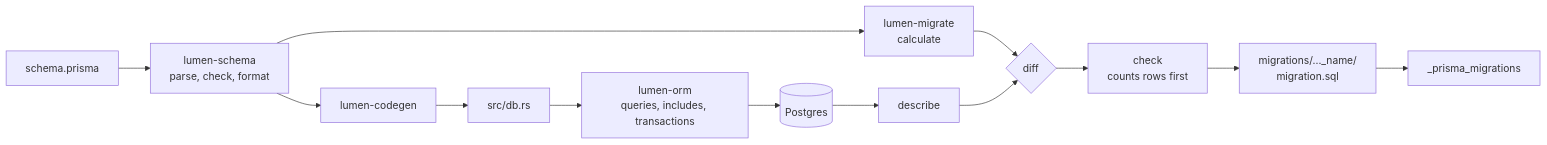
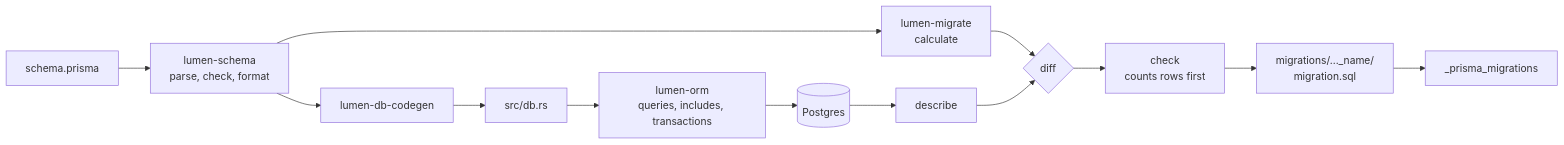
Before and after one commit to uniqtechteam/lumen: the diagram in README.md, drawn with Mermaid. The commit also changed other lines of this file and 42 other files, not shown here.

First line of the commit message:
Publish the generator and CLI as lumen-db-codegen and lumen-db-cli

````diff
--- a/README.md
+++ b/README.md
@@ -115,15 +115,15 @@
 ```mermaid
 flowchart LR
     S[schema.prisma] --> P[lumen-schema<br/>parse, check, format]
     P --> C[lumen-migrate<br/>calculate]
     DB[(Postgres)] --> D[describe]
     C --> F{diff}
     D --> F
     F --> K[check<br/>counts rows first]
     K --> M[migrations/..._name/<br/>migration.sql]
     M --> H[_prisma_migrations]
-    P --> G[lumen-codegen]
+    P --> G[lumen-db-codegen]
     G --> R[src/db.rs]
     R --> O[lumen-orm<br/>queries, includes, transactions]
     O --> DB
 ```
````
